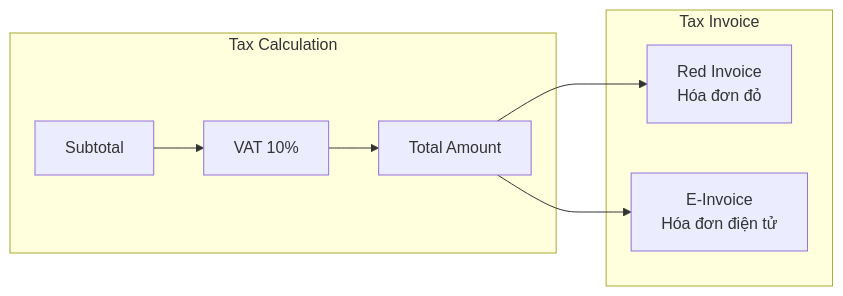
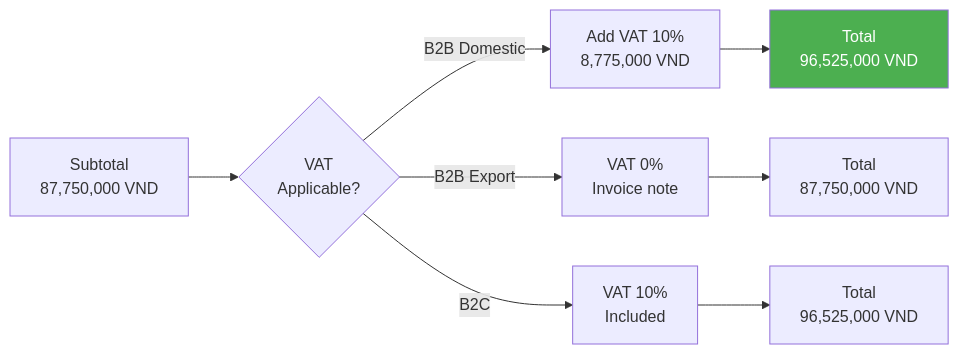
Diagram 15 of 15 in 09-Thuong-mai-hoa-API.md (huuhoait/openbanking-vn-specs), drawn with Mermaid before and after one commit. The commit also changed other lines of this file and 14 other files, not shown here.

````diff
--- a/09-Thuong-mai-hoa-API.md
+++ b/09-Thuong-mai-hoa-API.md
@@ -548,19 +557,16 @@
 ```mermaid
 graph LR
-    subgraph "Tax Calculation"
-        Subtotal[Subtotal]
-        VAT[VAT 10%]
-        Total[Total Amount]
-    end
+    Subtotal[Subtotal<br/>87,750,000 VND]
     
-    Subtotal --> VAT
-    VAT --> Total
+    Subtotal --> VAT{VAT<br/>Applicable?}
     
-    subgraph "Tax Invoice"
-        Red[Red Invoice<br/>Hóa đơn đỏ]
-        Digital[E-Invoice<br/>Hóa đơn điện tử]
-    end
+    VAT -->|B2B Domestic| VAT10[Add VAT 10%<br/>8,775,000 VND]
+    VAT -->|B2B Export| VAT0[VAT 0%<br/>Invoice note]
+    VAT -->|B2C| VAT10B[VAT 10%<br/>Included]
     
-    Total --> Red
-    Total --> Digital
+    VAT10 --> Total[Total<br/>96,525,000 VND]
+    VAT0 --> Total2[Total<br/>87,750,000 VND]
+    VAT10B --> Total3[Total<br/>96,525,000 VND]
+    
+    style Total fill:#4caf50,color:#fff
 ```
````
